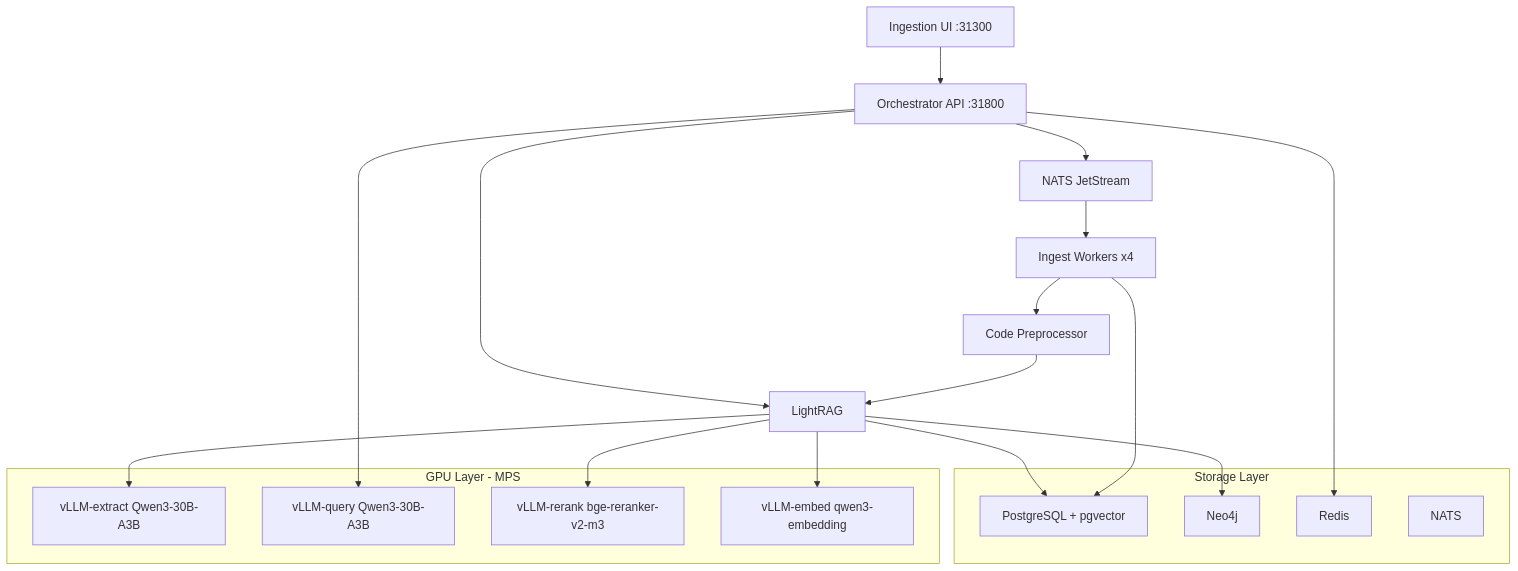
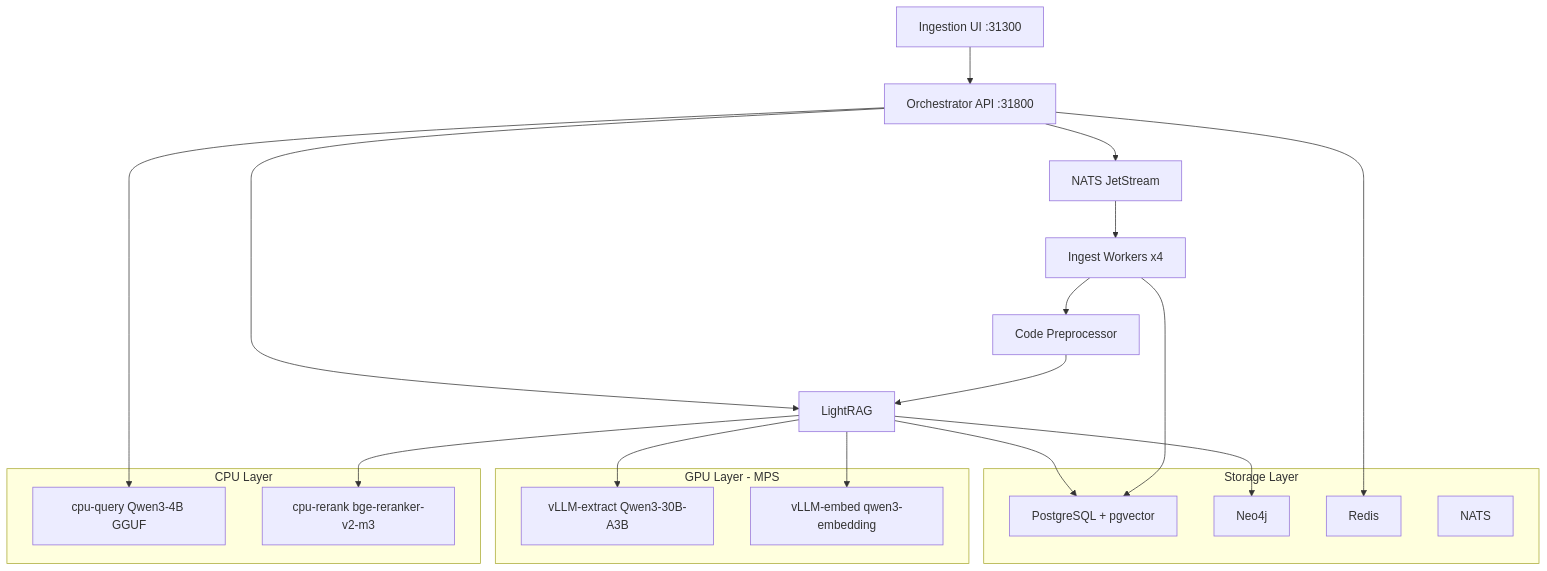
The first of 3 diagrams in README.md (blik616287/roadrunner), drawn with Mermaid before and after one commit. The commit also changed other lines of this file, not shown here.

````diff
--- a/README.md
+++ b/README.md
@@ -15,35 +15,38 @@
 ```mermaid
 graph TD
     UI["Ingestion UI :31300"] --> API
 
     API["Orchestrator API :31800"]
     API --> NATS["NATS JetStream"]
     API --> LR["LightRAG"]
 
     NATS --> IW["Ingest Workers x4"]
     IW --> CP["Code Preprocessor"]
     CP --> LR
 
     subgraph storage ["Storage Layer"]
         PG["PostgreSQL + pgvector"]
         N4J["Neo4j"]
         RD["Redis"]
         NQ["NATS"]
     end
 
     subgraph gpu ["GPU Layer - MPS"]
         VE["vLLM-extract Qwen3-30B-A3B"]
-        VQ["vLLM-query Qwen3-30B-A3B"]
-        VR["vLLM-rerank bge-reranker-v2-m3"]
         OE["vLLM-embed qwen3-embedding"]
+    end
+
+    subgraph cpu ["CPU Layer"]
+        CQ["cpu-query Qwen3-4B GGUF"]
+        CR["cpu-rerank bge-reranker-v2-m3"]
     end
 
     LR --> PG
     LR --> N4J
     LR --> VE
-    LR --> VR
+    LR --> CR
     LR --> OE
-    API --> VQ
+    API --> CQ
     API --> RD
     IW --> PG
 ```
````
